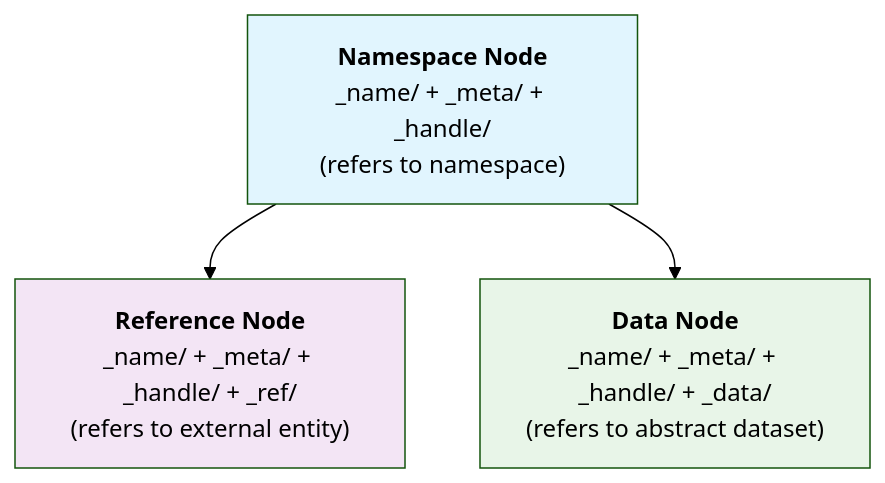
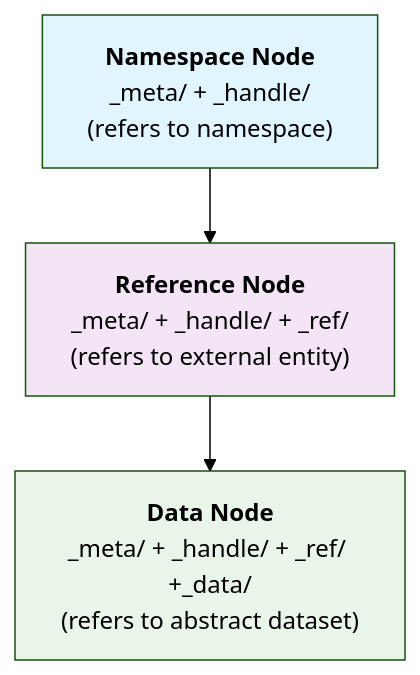
The diagram in sflo.concept.mesh.resource.node.md (semantic-flow/sflo-dendron-notes), drawn with Mermaid (forest theme) before and after one commit. The commit also changed other lines of this file and 23 other files, not shown here.

````diff
--- a/sflo.concept.mesh.resource.node.md
+++ b/sflo.concept.mesh.resource.node.md
@@ -68,15 +73,15 @@
 ```mermaid
 graph TD
     A["`**Namespace Node**
-    _name/ + _meta/ + _handle/
+    _meta/ + _handle/
     (refers to namespace)`"] --> B["`**Reference Node**
-    _name/ + _meta/ + _handle/ + _ref/
+    _meta/ + _handle/ + _ref/
     (refers to external entity)`"]
-    A --> C["`**Data Node**
-    _name/ + _meta/ + _handle/ + _data/
+    B --> C["`**Data Node**
+    _meta/ + _handle/ + _ref/ +_data/
     (refers to abstract dataset)`"]
     
     style A fill:#e1f5fe
     style B fill:#f3e5f5
     style C fill:#e8f5e8
 ```
````
